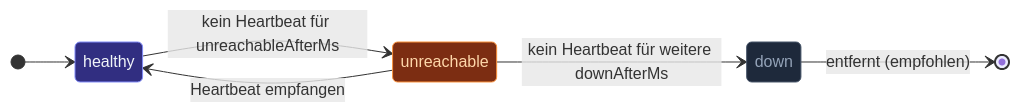
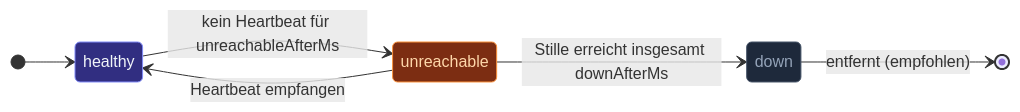
One commit to pathosDev/actor-ts changed the first of 2 diagrams in docs/src/content/docs/de/cluster/failure-detector.mdx. Above: the diagram before and after it, drawn with Mermaid. The commit also changed 4 other files, not shown here.

````diff
--- a/docs/src/content/docs/de/cluster/failure-detector.mdx
+++ b/docs/src/content/docs/de/cluster/failure-detector.mdx
@@ -10,15 +10,15 @@
 ```mermaid
 stateDiagram-v2
   direction LR
   [*] --> healthy
   healthy --> unreachable: kein Heartbeat für unreachableAfterMs
   unreachable --> healthy: Heartbeat empfangen
-  unreachable --> down: kein Heartbeat für weitere downAfterMs
+  unreachable --> down: Stille erreicht insgesamt downAfterMs
   down --> [*]: entfernt (empfohlen)
   classDef ok   fill:#312e81,stroke:#818cf8,color:#f1f5f9;
   classDef warn fill:#7c2d12,stroke:#fb923c,color:#fed7aa;
   classDef gone fill:#1e293b,stroke:#475569,color:#94a3b8;
   class healthy ok
   class unreachable warn
   class down gone
 ```
````
